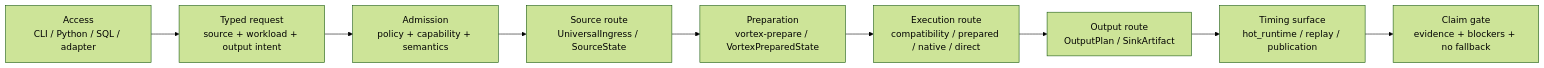
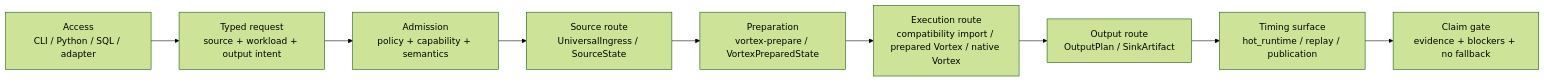
The first of 8 diagrams in docs/architecture/compute-engine-flow-reference.md (depsilon/shardloom), drawn with Mermaid (forest theme) before and after one commit. The commit also changed other lines of this file and 16 other files, not shown here.

````diff
--- a/docs/architecture/compute-engine-flow-reference.md
+++ b/docs/architecture/compute-engine-flow-reference.md
@@ -107,14 +107,14 @@
 ```mermaid
 flowchart LR
     ACCESS["Access<br/>CLI / Python / SQL / adapter"]
     REQUEST["Typed request<br/>source + workload + output intent"]
     ADMISSION["Admission<br/>policy + capability + semantics"]
     SOURCE["Source route<br/>UniversalIngress / SourceState"]
     PREPARE["Preparation<br/>vortex-prepare / VortexPreparedState"]
-    EXECUTE["Execution route<br/>compatibility / prepared / native / direct"]
+    EXECUTE["Execution route<br/>compatibility import / prepared Vortex / native Vortex"]
     OUTPUT["Output route<br/>OutputPlan / SinkArtifact"]
     TIMING["Timing surface<br/>hot_runtime / replay / publication"]
     CLAIM["Claim gate<br/>evidence + blockers + no fallback"]
 
     ACCESS --> REQUEST --> ADMISSION --> SOURCE --> PREPARE --> EXECUTE --> OUTPUT --> TIMING --> CLAIM
 ```
````
